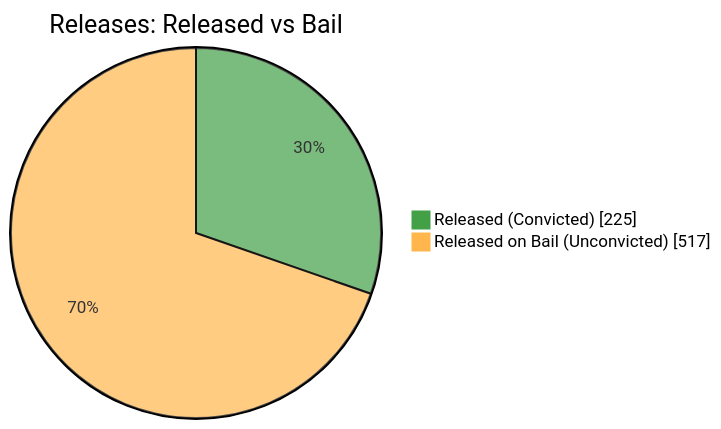
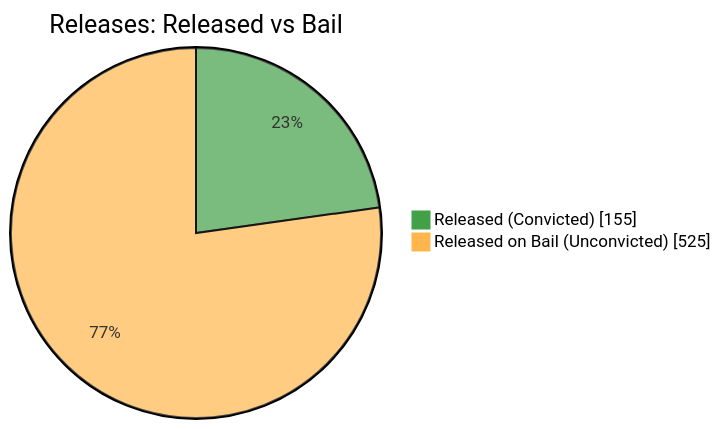
Before and after one commit to nuuuwan/lk_prisons: the fifth of 7 diagrams in README.md, drawn with Mermaid. The commit also changed other lines of this file and 1 other file, not shown here.

````diff
--- a/README.md
+++ b/README.md
@@ -87,6 +87,6 @@
 ```mermaid
 %%{init: {'themeVariables': {'pie1': '#43A047', 'pie2': '#FFB74D'}}}%%
 pie showData title Releases: Released vs Bail
-    "Released (Convicted)" : 225
-    "Released on Bail (Unconvicted)" : 517
+    "Released (Convicted)" : 155
+    "Released on Bail (Unconvicted)" : 525
 ```
````
